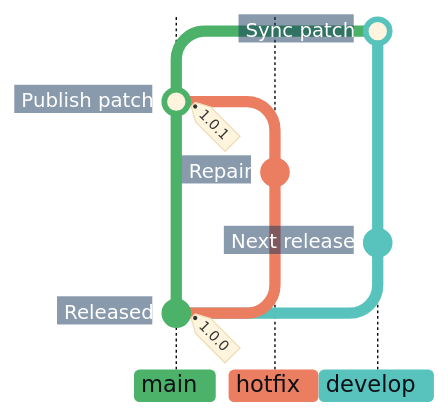
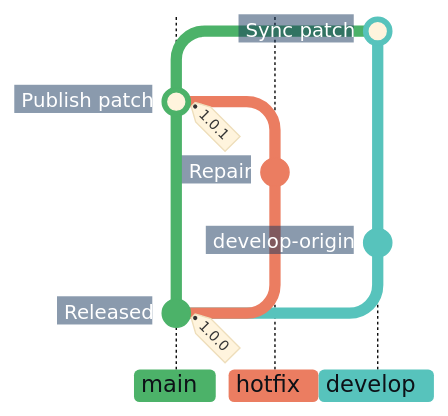
The third of 5 diagrams in docs/adr/cicd.md (superhero/operations.superduper.solutions), drawn with Mermaid before and after one commit.

Commit message:
docs: remove next-release marker from the hotfix diagram
Hide the develop anchor and its note so the direct hotfix path has no intermediate release marker. Mermaid still needs the anchor to render the final main-to-develop merge.

````diff
--- a/docs/adr/cicd.md
+++ b/docs/adr/cicd.md
@@ -108,20 +108,21 @@
 ```mermaid
-%%{init: {"theme": "base", "themeCSS": "line.branch { stroke: #8B949E; stroke-width: 1px; stroke-dasharray: 1 4; stroke-linecap: round; } .branchLabel, .tag-label { font-weight: 700; } .tag-label-bkg, .commit-label-bkg { opacity: 0.9; } .tag-label-bkg { fill: #B8E6C4; stroke: #8ED3A2; } .branchLabelBkg { opacity: 1; clip-path: inset(0 8px 0 0 round 4px) fill-box; } .commit-labels g:last-of-type { visibility: hidden; } .commit-labels g { transform-box: fill-box; transform-origin: calc(100% + 17px) calc(50% + 2px); transform: rotate(-10deg); } .commit-label { font-weight: 700; transform: translateX(-8px); } .commit-label-bkg { stroke: #17365D; stroke-width: 20px; transform: translateX(-5px); clip-path: polygon(-4px -4px, calc(100% + 4px) -4px, calc(100% + 10px) 50%, calc(100% + 4px) calc(100% + 4px), -4px calc(100% + 4px)) fill-box; }", "gitGraph": {"showCommitLabel": true, "rotateCommitLabel": false}, "themeVariables": {
+%%{init: {"theme": "base", "themeCSS": "line.branch { stroke: #8B949E; stroke-width: 1px; stroke-dasharray: 1 4; stroke-linecap: round; } .branchLabel, .tag-label { font-weight: 700; } .tag-label-bkg, .commit-label-bkg { opacity: 0.9; } .tag-label-bkg { fill: #B8E6C4; stroke: #8ED3A2; } .branchLabelBkg { opacity: 1; clip-path: inset(0 8px 0 0 round 4px) fill-box; } .commit-labels g:nth-last-of-type(-n+2), .commit.develop-origin { visibility: hidden; } .commit-labels g { transform-box: fill-box; transform-origin: calc(100% + 17px) calc(50% + 2px); transform: rotate(-10deg); } .commit-label { font-weight: 700; transform: translateX(-8px); } .commit-label-bkg { stroke: #17365D; stroke-width: 20px; transform: translateX(-5px); clip-path: polygon(-4px -4px, calc(100% + 4px) -4px, calc(100% + 10px) 50%, calc(100% + 4px) calc(100% + 4px), -4px calc(100% + 4px)) fill-box; }", "gitGraph": {"showCommitLabel": true, "rotateCommitLabel": false}, "themeVariables": {
     "commitLabelFontSize": "14px", "commitLabelColor": "#FFFFFF", "commitLabelBackground": "#17365D",
     "git0": "#4CB269", "gitBranchLabel0": "#0D1117",
     "git1": "#EB7D61", "gitBranchLabel1": "#0D1117",
     "git2": "#57C3BC", "gitBranchLabel2": "#0D1117"
 }}}%%
 gitGraph BT:
     %% In BT order, the initial commit note is the last label group; its tag stays visible.
     commit id: "Released" tag: "1.0.0"
     branch develop order: 2
-    commit id: "Next release"
+    %% Invisible anchor: Mermaid requires a develop commit before merging main back.
+    commit id: "develop-origin"
     checkout main
     branch "hotfix" order: 1
     commit id: "Repair"
     checkout main
     merge "hotfix" id: "Publish patch" tag: "1.0.1"
     checkout develop
     merge main id: "Sync patch"
 ```
````
